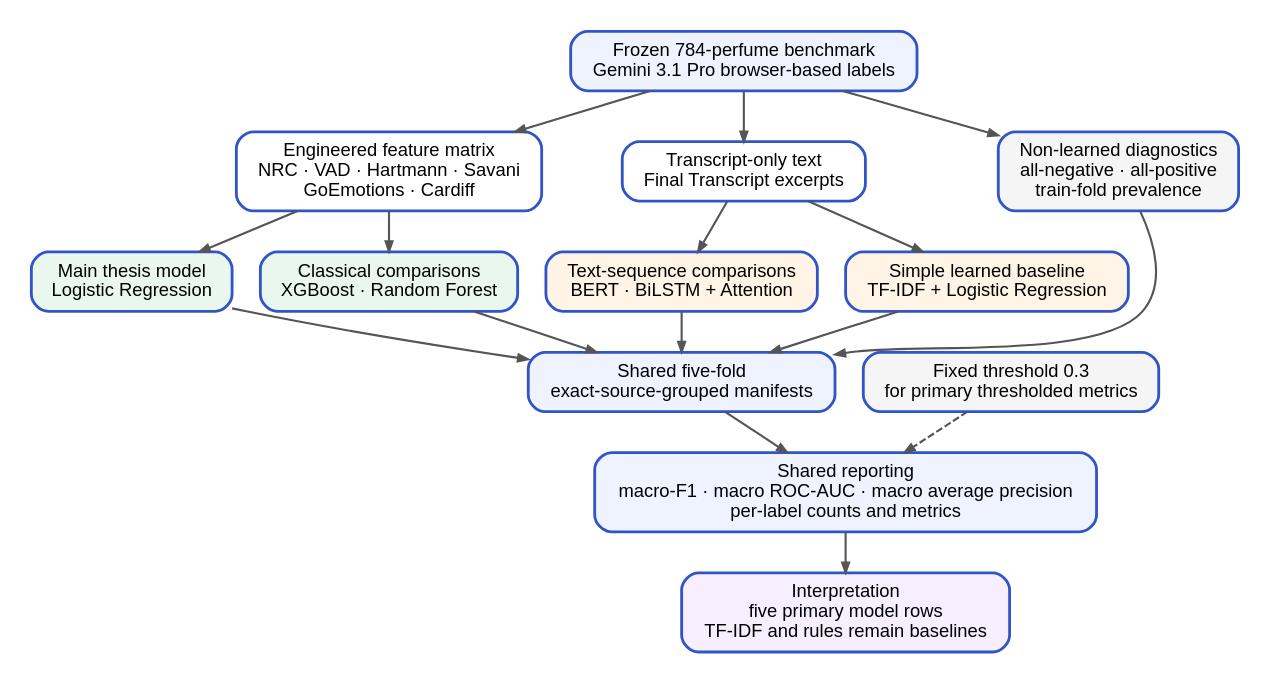
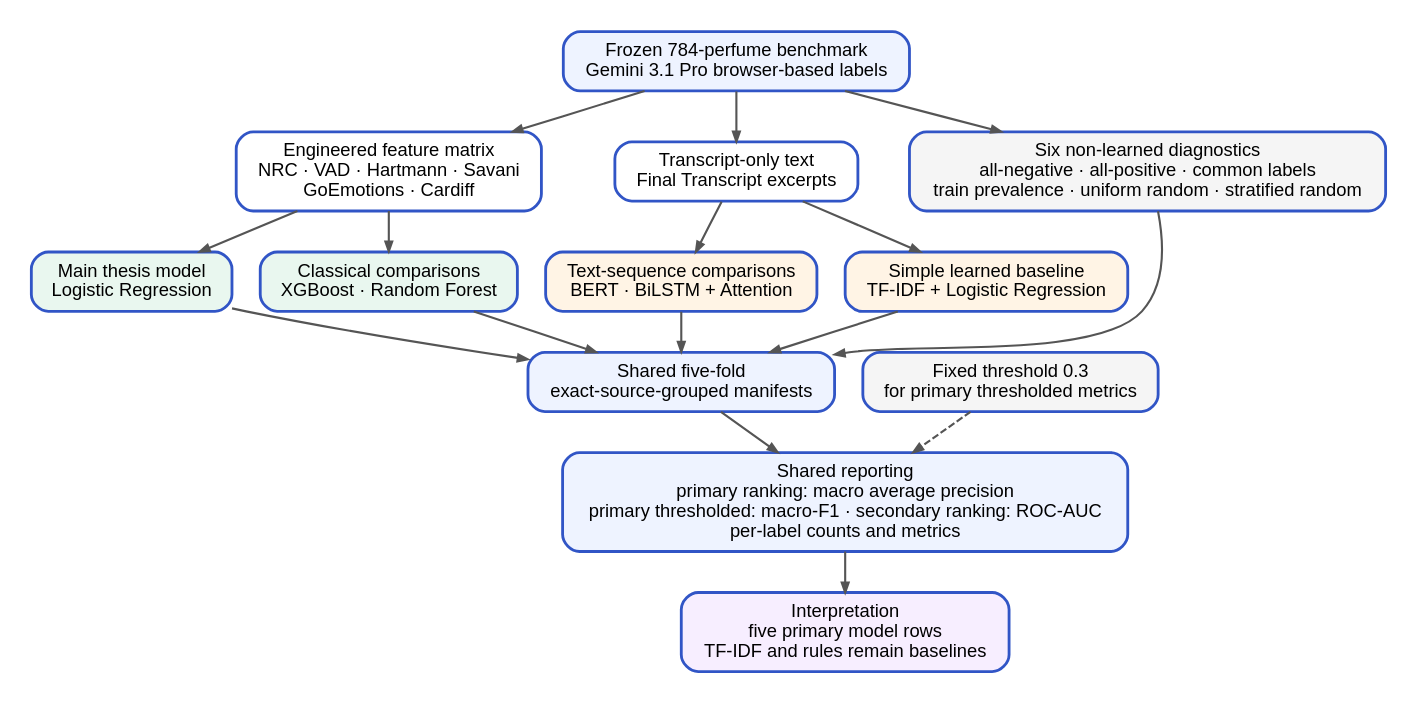
Before and after one commit to ececanga/Sentiment-Analysis-for-Perfume-Reviews: the diagram in docs/thesis/mermaid diagrams/graphviz/figure_3_4_model_comparison_branches.dot, drawn with Graphviz. The commit also changed 85 other files, not shown here.

```diff
--- a/docs/thesis/mermaid diagrams/graphviz/figure_3_4_model_comparison_branches.dot
+++ b/docs/thesis/mermaid diagrams/graphviz/figure_3_4_model_comparison_branches.dot
@@ -1,37 +1,37 @@
 digraph G {
   graph [rankdir=TB, bgcolor="white", pad=0.2, nodesep=0.28, ranksep=0.40, fontname="Arial"];
   node [shape=box, style="rounded,filled", fillcolor="white", color="#3155C6", penwidth=2, fontname="Arial", fontsize=13, margin="0.16,0.10"];
   edge [color="#555555", penwidth=1.5, arrowsize=0.7];
 
   A [label="Frozen 784-perfume benchmark\nGemini 3.1 Pro browser-based labels", fillcolor="#EEF3FF"];
   B [label="Engineered feature matrix\nNRC · VAD · Hartmann · Savani\nGoEmotions · Cardiff"];
   C [label="Transcript-only text\nFinal Transcript excerpts"];
   D [label="Main thesis model\nLogistic Regression", fillcolor="#E9F7EF"];
   E [label="Classical comparisons\nXGBoost · Random Forest", fillcolor="#E9F7EF"];
   F [label="Text-sequence comparisons\nBERT · BiLSTM + Attention", fillcolor="#FFF4E5"];
   T [label="Simple learned baseline\nTF-IDF + Logistic Regression", fillcolor="#FFF4E5"];
-  R [label="Non-learned diagnostics\nall-negative · all-positive\ntrain-fold prevalence", fillcolor="#F5F5F5"];
+  R [label="Six non-learned diagnostics\nall-negative · all-positive · common labels\ntrain prevalence · uniform random · stratified random", fillcolor="#F5F5F5"];
   G [label="Shared five-fold\nexact-source-grouped manifests", fillcolor="#EEF3FF"];
-  H [label="Shared reporting\nmacro-F1 · macro ROC-AUC · macro average precision\nper-label counts and metrics", fillcolor="#EEF3FF"];
+  H [label="Shared reporting\nprimary ranking: macro average precision\nprimary thresholded: macro-F1 · secondary ranking: ROC-AUC\nper-label counts and metrics", fillcolor="#EEF3FF"];
   I [label="Interpretation\nfive primary model rows\nTF-IDF and rules remain baselines", fillcolor="#F7EEFF"];
   J [label="Fixed threshold 0.3\nfor primary thresholded metrics", fillcolor="#F5F5F5"];
 
   A -> B;
   A -> C;
   A -> R;
   B -> D;
   B -> E;
   C -> F;
   C -> T;
   D -> G;
   E -> G;
   F -> G;
   T -> G;
   R -> G;
   G -> H;
   J -> H [style=dashed];
   H -> I;
 
   {rank=same; B; C; R}
   {rank=same; D; E; F; T}
 }
```
